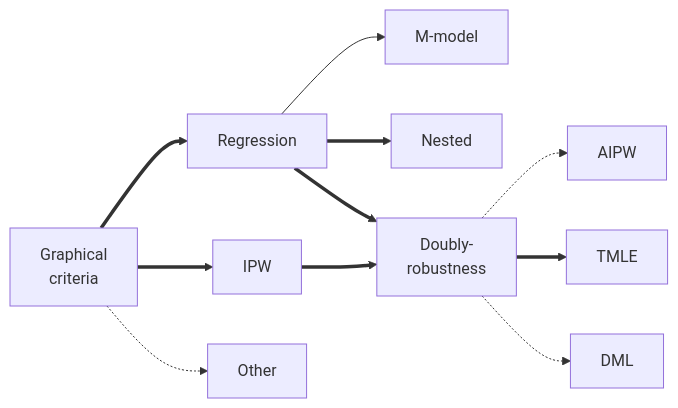
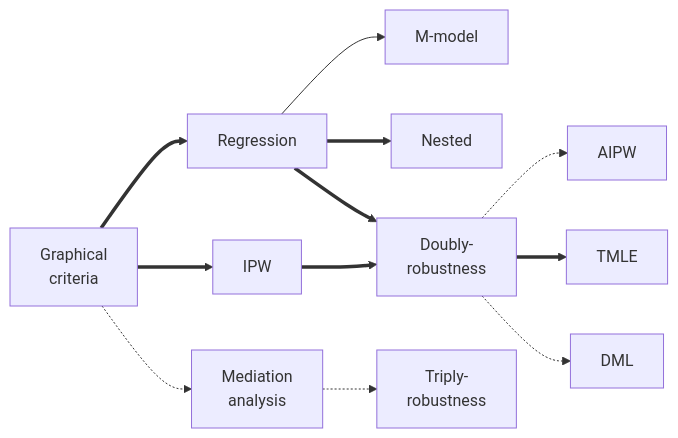
Before and after one commit to johandh2o/blog: the second of 2 diagrams in posts/2023-08-01_missingOutcome/index.qmd, drawn with Mermaid. The commit also changed 5 other files, not shown here.

````diff
--- a/posts/2023-08-01_missingOutcome/index.qmd
+++ b/posts/2023-08-01_missingOutcome/index.qmd
@@ -39,16 +39,19 @@
 ```{mermaid}
 %%| echo: false
 flowchart LR
   D["Graphical
   criteria"] ==> E["IPW"]
   D ==> F["Regression"]
-  D -.-> O["Other"]
+  D -.-> M["Mediation
+  analysis"]
   F --> G["M-model"]
   F ==> H["Nested"]
   E ==> I["Doubly-
   robustness"]
   F ==> I
   I -.-> J["AIPW"]
   I ==> K["TMLE"]
   I -.-> L["DML"]
+  M -.-> N["Triply-
+  robustness"]
 ```
````
